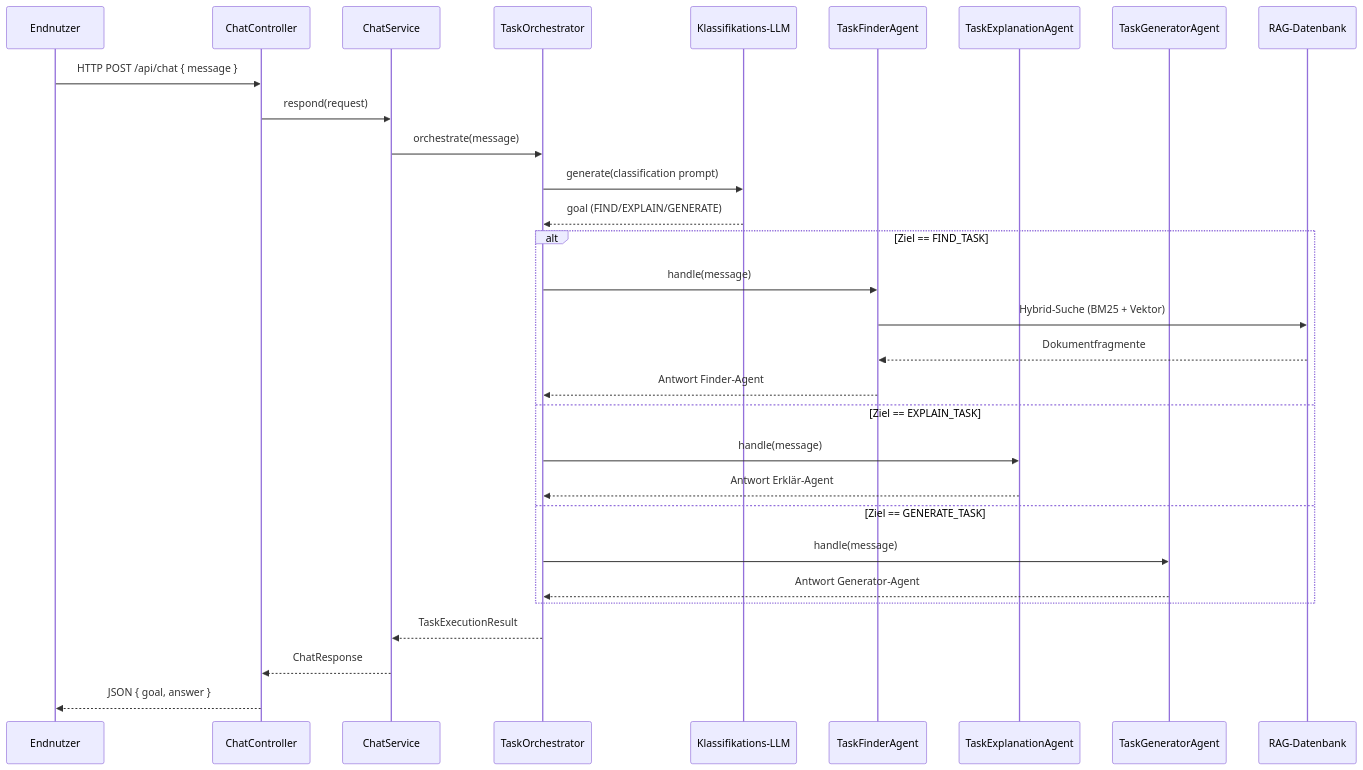
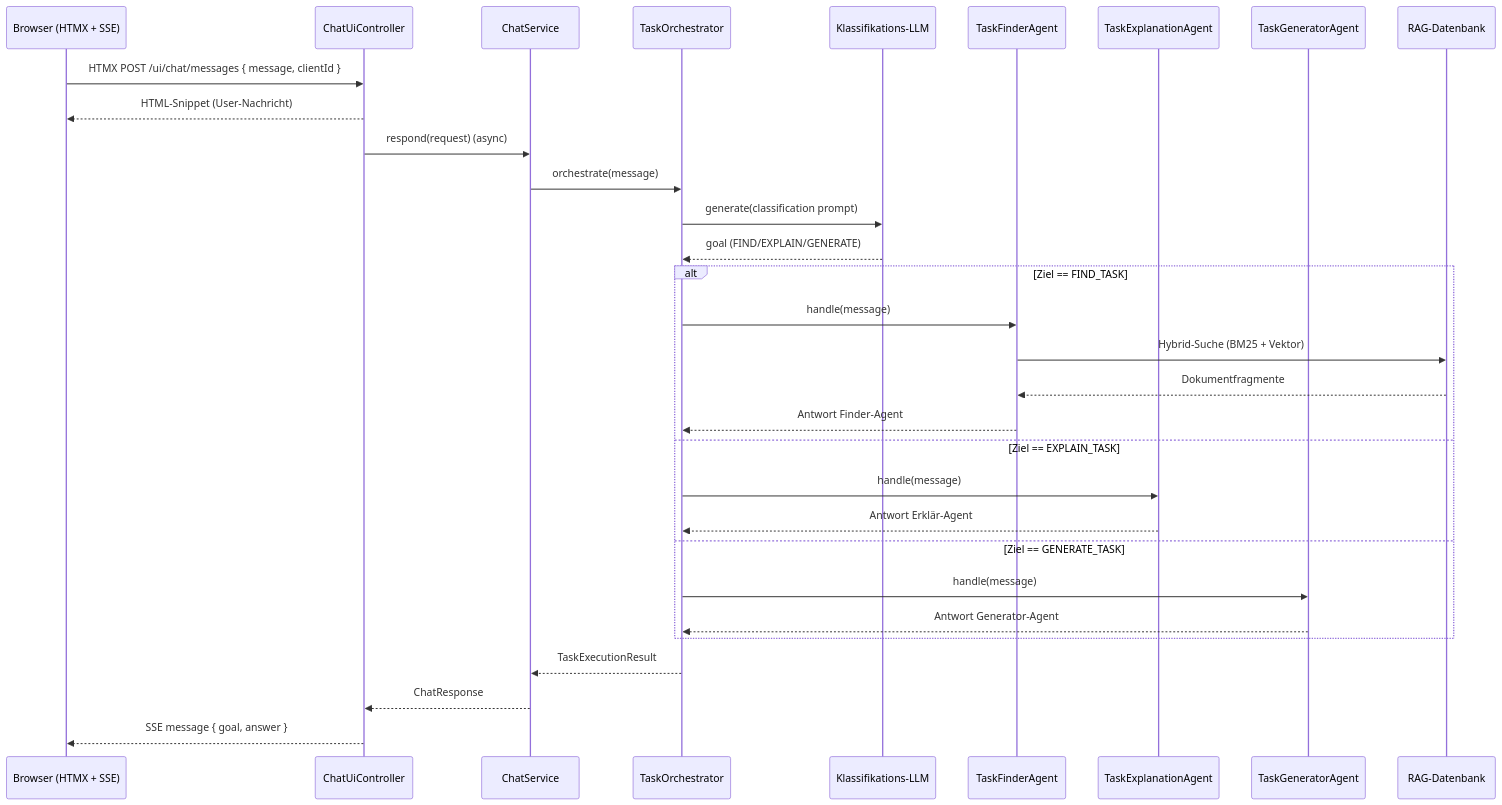
The diagram in README.md (edigonzales/gretl-agent), drawn with Mermaid before and after one commit. The commit also changed other lines of this file and 8 other files, not shown here.

Commit message:
Refresh chat flow mermaid diagram

````diff
--- a/README.md
+++ b/README.md
@@ -7,33 +7,34 @@
 ```mermaid
 sequenceDiagram
-    participant User as Endnutzer
-    participant Controller as ChatController
+    participant Browser as Browser (HTMX + SSE)
+    participant UiController as ChatUiController
     participant Service as ChatService
     participant Orchestrator as TaskOrchestrator
     participant Classifier as Klassifikations-LLM
     participant Finder as TaskFinderAgent
     participant Explainer as TaskExplanationAgent
     participant Generator as TaskGeneratorAgent
     participant RagStore as RAG-Datenbank
 
-    User->>Controller: HTTP POST /api/chat { message }
-    Controller->>Service: respond(request)
+    Browser->>UiController: HTMX POST /ui/chat/messages { message, clientId }
+    UiController-->>Browser: HTML-Snippet (User-Nachricht)
+    UiController->>Service: respond(request) (async)
     Service->>Orchestrator: orchestrate(message)
     Orchestrator->>Classifier: generate(classification prompt)
     Classifier-->>Orchestrator: goal (FIND/EXPLAIN/GENERATE)
     alt Ziel == FIND_TASK
         Orchestrator->>Finder: handle(message)
         Finder->>RagStore: Hybrid-Suche (BM25 + Vektor)
         RagStore-->>Finder: Dokumentfragmente
         Finder-->>Orchestrator: Antwort Finder-Agent
     else Ziel == EXPLAIN_TASK
         Orchestrator->>Explainer: handle(message)
         Explainer-->>Orchestrator: Antwort Erklär-Agent
     else Ziel == GENERATE_TASK
         Orchestrator->>Generator: handle(message)
         Generator-->>Orchestrator: Antwort Generator-Agent
     end
     Orchestrator-->>Service: TaskExecutionResult
-    Service-->>Controller: ChatResponse
-    Controller-->>User: JSON { goal, answer }
+    Service-->>UiController: ChatResponse
+    UiController-->>Browser: SSE message { goal, answer }
 ```
````
